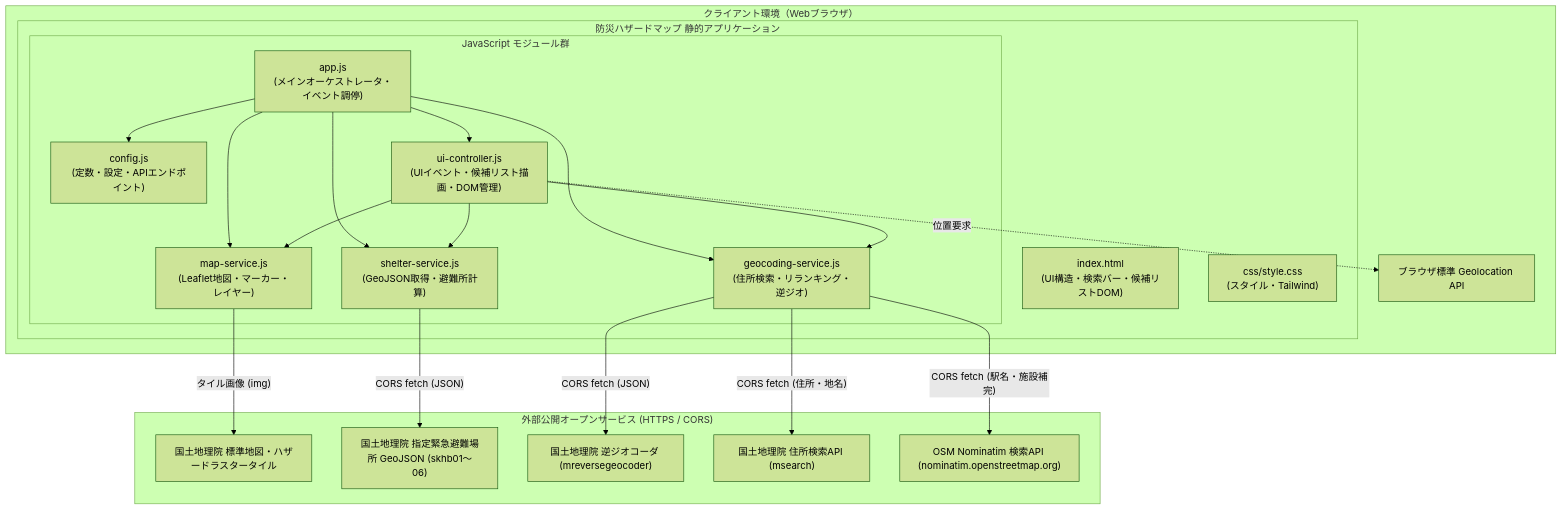
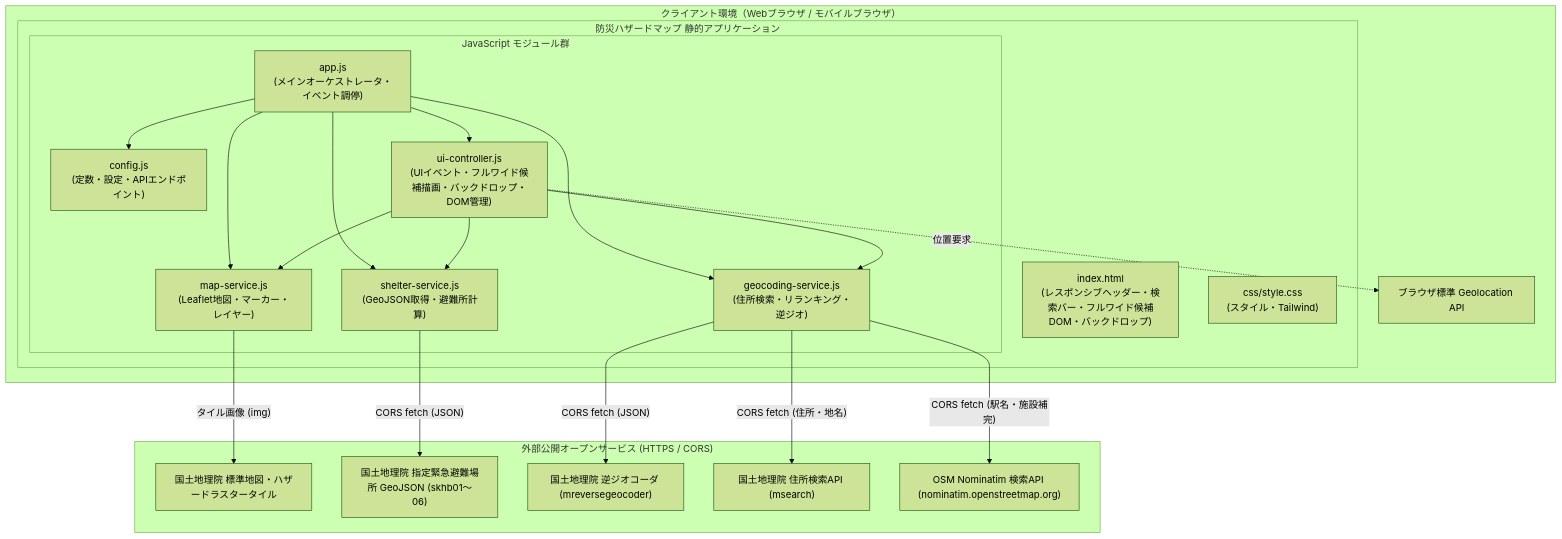
Before and after one commit to nankojin-ops/HazardMap-app: the first of 2 diagrams in docs/architecture.md, drawn with Mermaid (forest theme). The commit also changed other lines of this file and 10 other files, not shown here.

````diff
--- a/docs/architecture.md
+++ b/docs/architecture.md
@@ -102,43 +132,43 @@
 ```mermaid
 flowchart TB
-    subgraph Browser ["クライアント環境（Webブラウザ）"]
+    subgraph Browser ["クライアント環境（Webブラウザ / モバイルブラウザ）"]
         subgraph StaticApp ["防災ハザードマップ 静的アプリケーション"]
-            HTML["index.html\n(UI構造・検索バー・候補リストDOM)"]
+            HTML["index.html\n(レスポンシブヘッダー・検索バー・フルワイド候補DOM・バックドロップ)"]
             CSS["css/style.css\n(スタイル・Tailwind)"]
             
             subgraph JSModules ["JavaScript モジュール群"]
                 App["app.js\n(メインオーケストレータ・イベント調停)"]
                 Config["config.js\n(定数・設定・APIエンドポイント)"]
-                UIController["ui-controller.js\n(UIイベント・候補リスト描画・DOM管理)"]
+                UIController["ui-controller.js\n(UIイベント・フルワイド候補描画・バックドロップ・DOM管理)"]
                 MapService["map-service.js\n(Leaflet地図・マーカー・レイヤー)"]
                 ShelterService["shelter-service.js\n(GeoJSON取得・避難所計算)"]
                 GeocodingService["geocoding-service.js\n(住所検索・リランキング・逆ジオ)"]
             end
         end
         GeoAPI["ブラウザ標準 Geolocation API"]
     end
 
     subgraph ExternalServices ["外部公開オープンサービス (HTTPS / CORS)"]
         GSI_Tiles["国土地理院 標準地図・ハザードラスタータイル"]
         GSI_GeoJSON["国土地理院 指定緊急避難場所 GeoJSON (skhb01〜06)"]
         GSI_Reverse["国土地理院 逆ジオコーダ (mreversegeocoder)"]
         GSI_Search["国土地理院 住所検索API (msearch)"]
         OSM_Nominatim["OSM Nominatim 検索API (nominatim.openstreetmap.org)"]
     end
 
     App --> Config
     App --> UIController
     App --> MapService
     App --> ShelterService
     App --> GeocodingService
     UIController --> MapService
     UIController --> ShelterService
     UIController --> GeocodingService
 
     UIController -.位置要求.-> GeoAPI
     MapService -- "タイル画像 (img)" --> GSI_Tiles
     ShelterService -- "CORS fetch (JSON)" --> GSI_GeoJSON
     GeocodingService -- "CORS fetch (JSON)" --> GSI_Reverse
     GeocodingService -- "CORS fetch (住所・地名)" --> GSI_Search
     GeocodingService -- "CORS fetch (駅名・施設補完)" --> OSM_Nominatim
 ```
````
